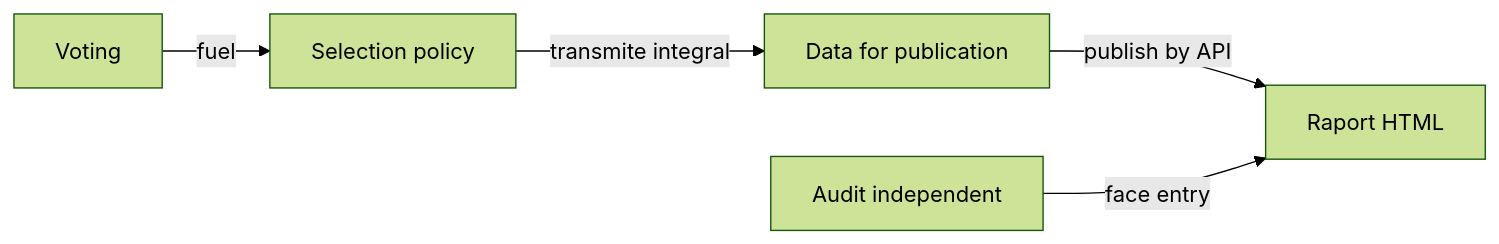
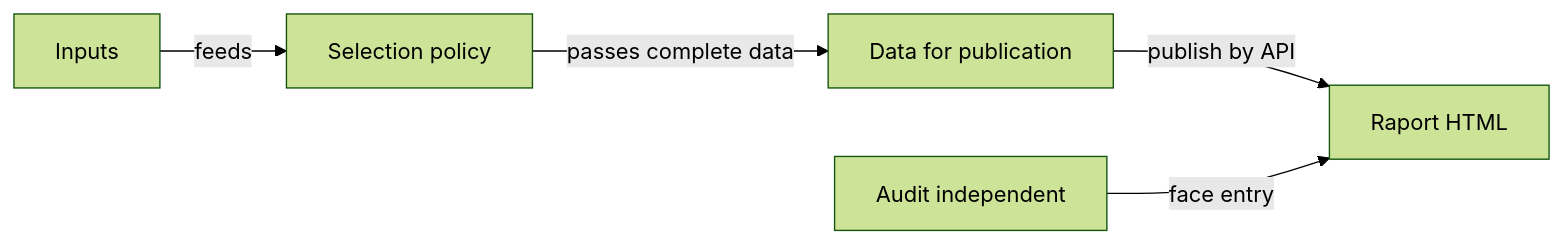
Before and after one commit to crististefanita/atf_j4: the diagram in atf-tests/README.md, drawn with Mermaid (forest theme). The commit also changed other lines of this file and 84 other files, not shown here.

````diff
--- a/atf-tests/README.md
+++ b/atf-tests/README.md
@@ -11,7 +11,7 @@
 ```mermaid
 flowchart LR
-    INPUT[Voting] -->|fuel| POLICY[Selection policy]
-    POLICY -->|transmite integral| DATA[Data for publication]
+    INPUT[Inputs] -->|feeds| POLICY[Selection policy]
+    POLICY -->|passes complete data| DATA[Data for publication]
     DATA -->|publish by API| HTML[Raport HTML]
     AUDIT[Audit independent] -->|face entry| HTML
 ```
````
